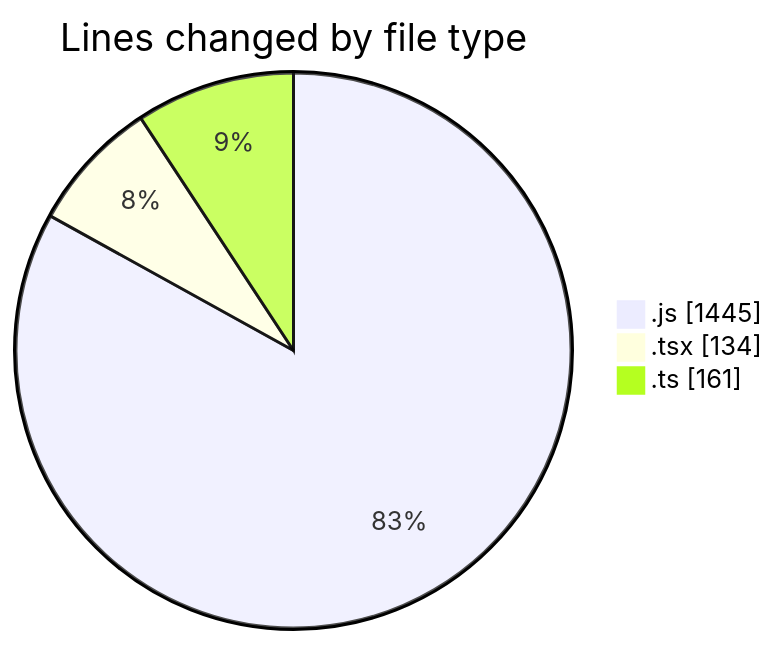
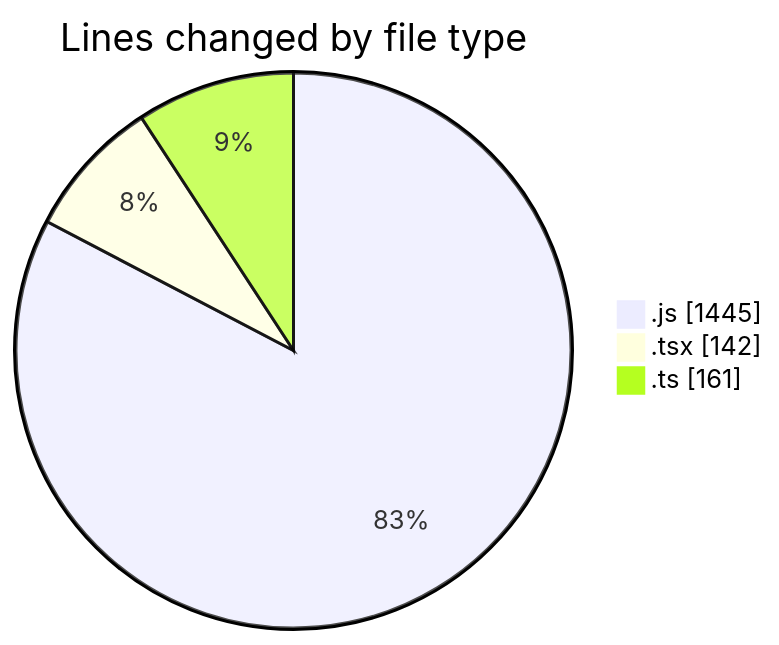
Before and after one commit to momahboobian/code-tracking: the first of 2 diagrams in 2025-03-13/cda/README.md, drawn with Mermaid. The commit also changed other lines of this file and 1 other file, not shown here.

````diff
--- a/2025-03-13/cda/README.md
+++ b/2025-03-13/cda/README.md
@@ -28,7 +28,7 @@
 ```mermaid
 pie showData
 title Lines changed by file type
 ".js" : 1445
-".tsx" : 134
+".tsx" : 142
 ".ts" : 161
 ```
````
